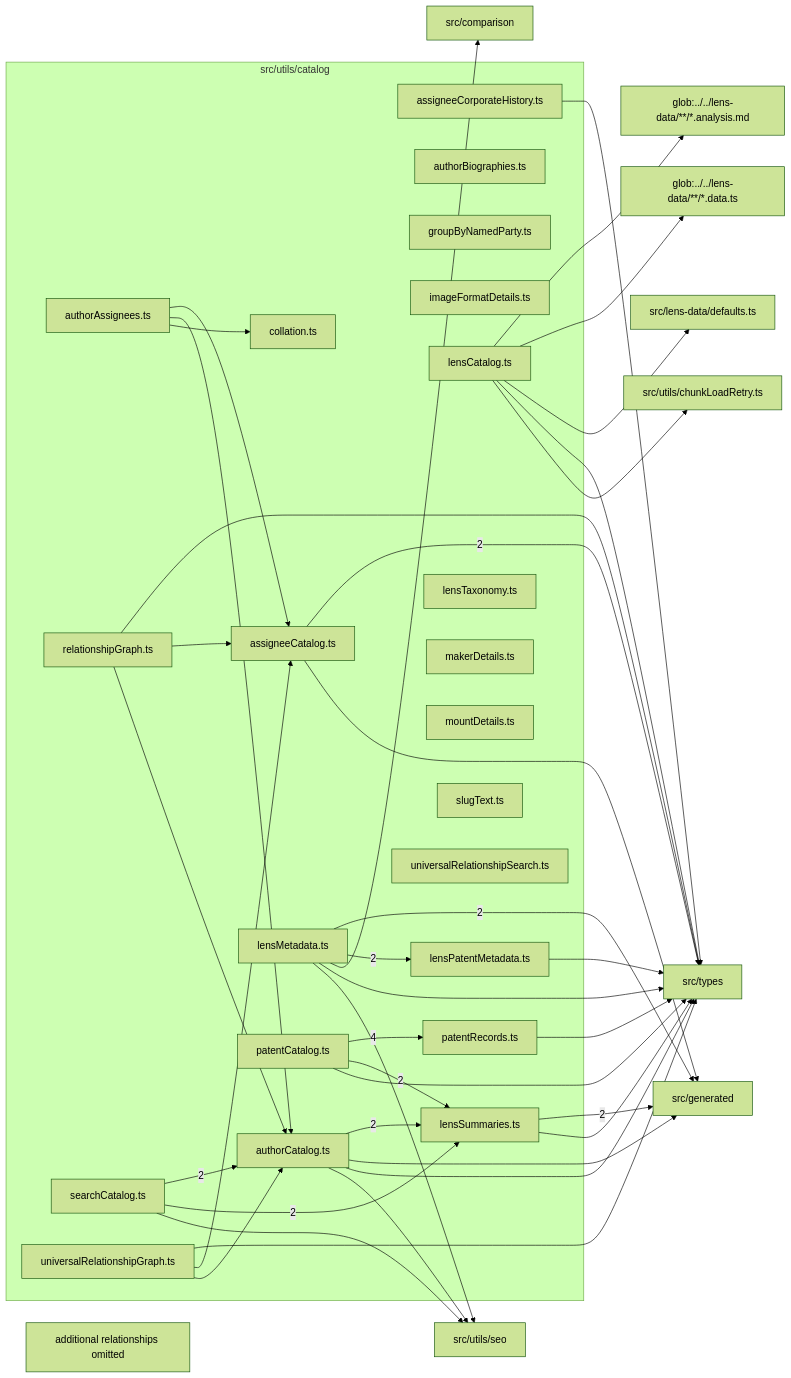
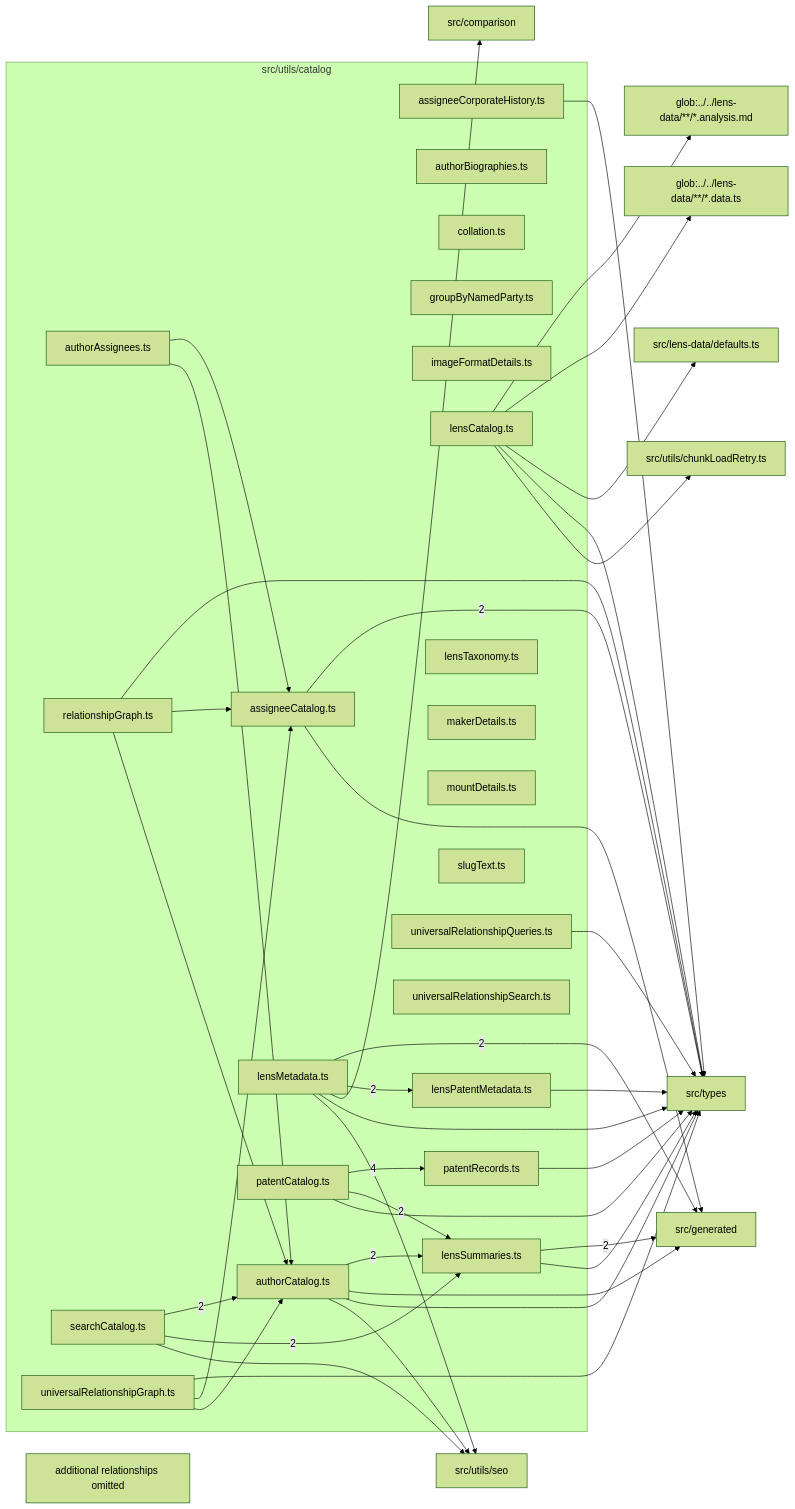
Before and after one commit to BeamFour/LensVisualizer: the diagram in src/utils/catalog/readme.md, drawn with Mermaid (forest theme). The commit also changed other lines of this file and 18 other files, not shown here.

Commit message:
Add universal map projections, connection queries, and view state

````diff
--- a/src/utils/catalog/readme.md
+++ b/src/utils/catalog/readme.md
@@ -9,72 +9,73 @@
 ```mermaid
 flowchart LR
   subgraph n_src_utils_catalog["src/utils/catalog"]
     n_src_utils_catalog_src_utils_catalog_assigneeCatalog_ts["assigneeCatalog.ts"]
     n_src_utils_catalog_src_utils_catalog_assigneeCorporateHistory_ts["assigneeCorporateHistory.ts"]
     n_src_utils_catalog_src_utils_catalog_authorAssignees_ts["authorAssignees.ts"]
     n_src_utils_catalog_src_utils_catalog_authorBiographies_ts["authorBiographies.ts"]
     n_src_utils_catalog_src_utils_catalog_authorCatalog_ts["authorCatalog.ts"]
     n_src_utils_catalog_src_utils_catalog_collation_ts["collation.ts"]
     n_src_utils_catalog_src_utils_catalog_groupByNamedParty_ts["groupByNamedParty.ts"]
     n_src_utils_catalog_src_utils_catalog_imageFormatDetails_ts["imageFormatDetails.ts"]
     n_src_utils_catalog_src_utils_catalog_lensCatalog_ts["lensCatalog.ts"]
     n_src_utils_catalog_src_utils_catalog_lensMetadata_ts["lensMetadata.ts"]
     n_src_utils_catalog_src_utils_catalog_lensPatentMetadata_ts["lensPatentMetadata.ts"]
     n_src_utils_catalog_src_utils_catalog_lensSummaries_ts["lensSummaries.ts"]
     n_src_utils_catalog_src_utils_catalog_lensTaxonomy_ts["lensTaxonomy.ts"]
     n_src_utils_catalog_src_utils_catalog_makerDetails_ts["makerDetails.ts"]
     n_src_utils_catalog_src_utils_catalog_mountDetails_ts["mountDetails.ts"]
     n_src_utils_catalog_src_utils_catalog_patentCatalog_ts["patentCatalog.ts"]
     n_src_utils_catalog_src_utils_catalog_patentRecords_ts["patentRecords.ts"]
     n_src_utils_catalog_src_utils_catalog_relationshipGraph_ts["relationshipGraph.ts"]
     n_src_utils_catalog_src_utils_catalog_searchCatalog_ts["searchCatalog.ts"]
     n_src_utils_catalog_src_utils_catalog_slugText_ts["slugText.ts"]
     n_src_utils_catalog_src_utils_catalog_universalRelationshipGraph_ts["universalRelationshipGraph.ts"]
+    n_src_utils_catalog_src_utils_catalog_universalRelationshipQueries_ts["universalRelationshipQueries.ts"]
     n_src_utils_catalog_src_utils_catalog_universalRelationshipSearch_ts["universalRelationshipSearch.ts"]
   end
   n_external_src_generated["src/generated"]
   n_external_src_types["src/types"]
   n_external_glob_______lens_data______analysis_md["glob:../../lens-data/**/*.analysis.md"]
   n_external_glob_______lens_data______data_ts["glob:../../lens-data/**/*.data.ts"]
   n_external_src_comparison["src/comparison"]
   n_external_src_lens_data_defaults_ts["src/lens-data/defaults.ts"]
   n_external_src_utils_chunkLoadRetry_ts["src/utils/chunkLoadRetry.ts"]
   n_external_src_utils_seo["src/utils/seo"]
   n_src_utils_catalog_src_utils_catalog_patentCatalog_ts --> |4| n_src_utils_catalog_src_utils_catalog_patentRecords_ts
   n_src_utils_catalog_src_utils_catalog_lensMetadata_ts --> |2| n_external_src_generated
   n_src_utils_catalog_src_utils_catalog_lensSummaries_ts --> |2| n_external_src_generated
   n_src_utils_catalog_src_utils_catalog_assigneeCatalog_ts --> |2| n_external_src_types
   n_src_utils_catalog_src_utils_catalog_searchCatalog_ts --> |2| n_src_utils_catalog_src_utils_catalog_authorCatalog_ts
   n_src_utils_catalog_src_utils_catalog_lensMetadata_ts --> |2| n_src_utils_catalog_src_utils_catalog_lensPatentMetadata_ts
   n_src_utils_catalog_src_utils_catalog_authorCatalog_ts --> |2| n_src_utils_catalog_src_utils_catalog_lensSummaries_ts
   n_src_utils_catalog_src_utils_catalog_patentCatalog_ts --> |2| n_src_utils_catalog_src_utils_catalog_lensSummaries_ts
   n_src_utils_catalog_src_utils_catalog_searchCatalog_ts --> |2| n_src_utils_catalog_src_utils_catalog_lensSummaries_ts
   n_src_utils_catalog_src_utils_catalog_lensCatalog_ts --> n_external_glob_______lens_data______analysis_md
   n_src_utils_catalog_src_utils_catalog_lensCatalog_ts --> n_external_glob_______lens_data______data_ts
   n_src_utils_catalog_src_utils_catalog_lensMetadata_ts --> n_external_src_comparison
   n_src_utils_catalog_src_utils_catalog_assigneeCatalog_ts --> n_external_src_generated
   n_src_utils_catalog_src_utils_catalog_authorCatalog_ts --> n_external_src_generated
   n_src_utils_catalog_src_utils_catalog_lensCatalog_ts --> n_external_src_lens_data_defaults_ts
   n_src_utils_catalog_src_utils_catalog_assigneeCorporateHistory_ts --> n_external_src_types
   n_src_utils_catalog_src_utils_catalog_authorCatalog_ts --> n_external_src_types
   n_src_utils_catalog_src_utils_catalog_lensCatalog_ts --> n_external_src_types
   n_src_utils_catalog_src_utils_catalog_lensMetadata_ts --> n_external_src_types
   n_src_utils_catalog_src_utils_catalog_lensPatentMetadata_ts --> n_external_src_types
   n_src_utils_catalog_src_utils_catalog_lensSummaries_ts --> n_external_src_types
   n_src_utils_catalog_src_utils_catalog_patentCatalog_ts --> n_external_src_types
   n_src_utils_catalog_src_utils_catalog_patentRecords_ts --> n_external_src_types
   n_src_utils_catalog_src_utils_catalog_relationshipGraph_ts --> n_external_src_types
   n_src_utils_catalog_src_utils_catalog_universalRelationshipGraph_ts --> n_external_src_types
+  n_src_utils_catalog_src_utils_catalog_universalRelationshipQueries_ts --> n_external_src_types
   n_src_utils_catalog_src_utils_catalog_lensCatalog_ts --> n_external_src_utils_chunkLoadRetry_ts
   n_src_utils_catalog_src_utils_catalog_authorCatalog_ts --> n_external_src_utils_seo
   n_src_utils_catalog_src_utils_catalog_lensMetadata_ts --> n_external_src_utils_seo
   n_src_utils_catalog_src_utils_catalog_searchCatalog_ts --> n_external_src_utils_seo
   n_src_utils_catalog_src_utils_catalog_authorAssignees_ts --> n_src_utils_catalog_src_utils_catalog_assigneeCatalog_ts
   n_src_utils_catalog_src_utils_catalog_relationshipGraph_ts --> n_src_utils_catalog_src_utils_catalog_assigneeCatalog_ts
   n_src_utils_catalog_src_utils_catalog_universalRelationshipGraph_ts --> n_src_utils_catalog_src_utils_catalog_assigneeCatalog_ts
   n_src_utils_catalog_src_utils_catalog_authorAssignees_ts --> n_src_utils_catalog_src_utils_catalog_authorCatalog_ts
   n_src_utils_catalog_src_utils_catalog_relationshipGraph_ts --> n_src_utils_catalog_src_utils_catalog_authorCatalog_ts
   n_src_utils_catalog_src_utils_catalog_universalRelationshipGraph_ts --> n_src_utils_catalog_src_utils_catalog_authorCatalog_ts
-  n_src_utils_catalog_src_utils_catalog_authorAssignees_ts --> n_src_utils_catalog_src_utils_catalog_collation_ts
   n_src_utils_catalog_truncated["additional relationships omitted"]
 ```
````
